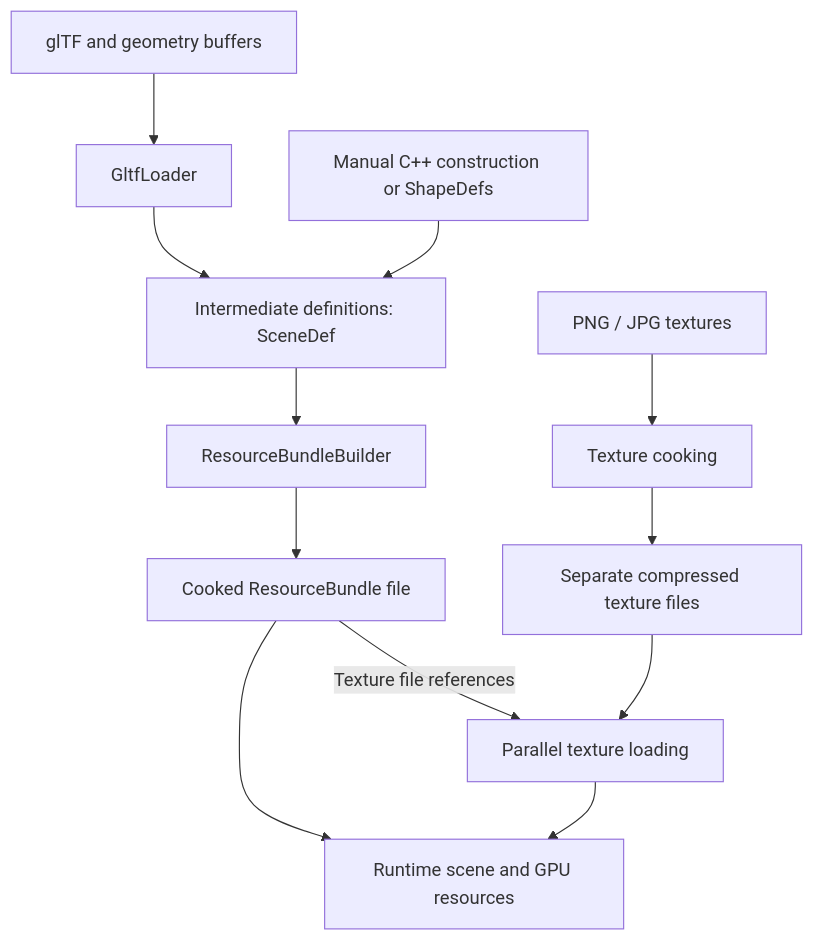
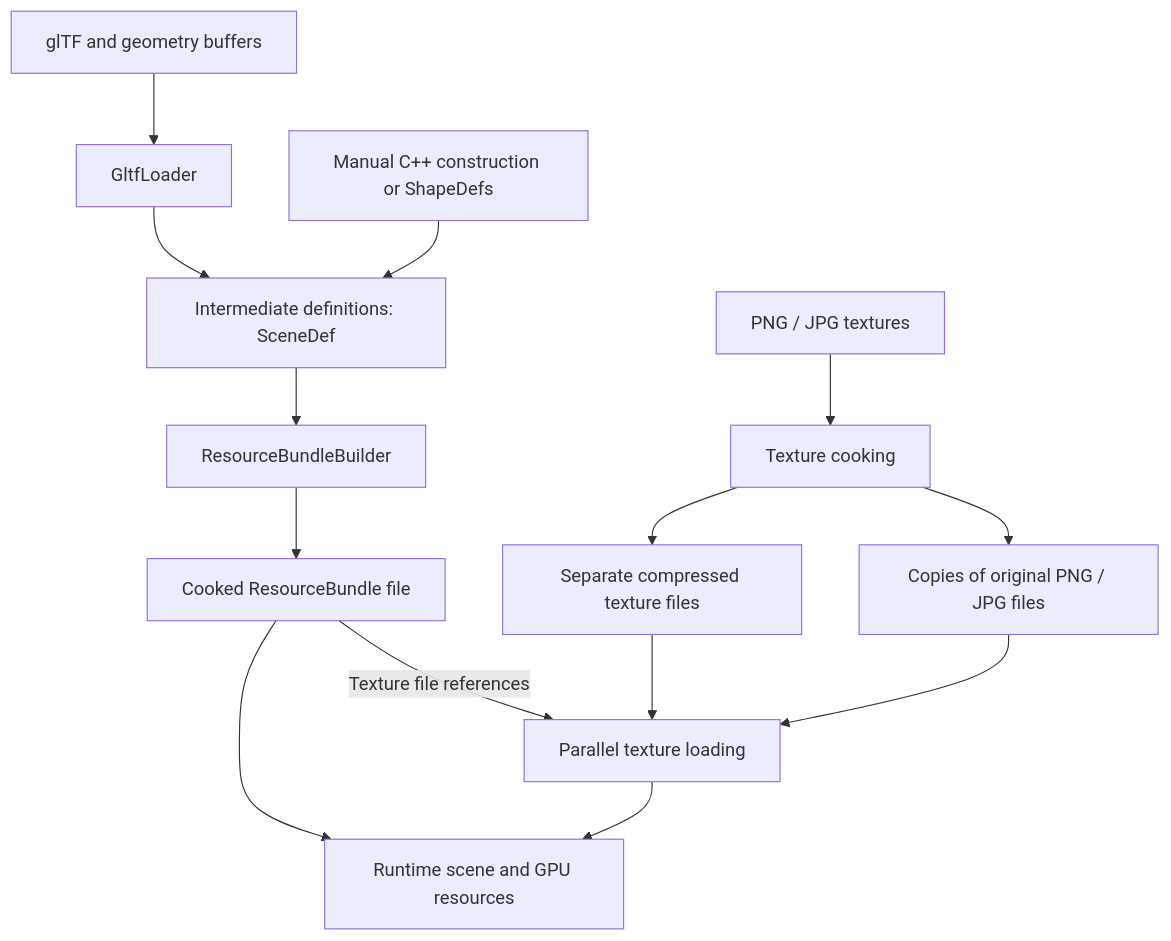
The diagram in docs/architecture/asset-flow.md (ProtoLoop/mlglib), drawn with Mermaid before and after one commit. The commit also changed other lines of this file and 14 other files, not shown here.

````diff
--- a/docs/architecture/asset-flow.md
+++ b/docs/architecture/asset-flow.md
@@ -10,14 +10,16 @@
 ```mermaid
 flowchart TD
     A[glTF and geometry buffers] --> B[GltfLoader]
     B --> C[Intermediate definitions: SceneDef]
     D[Manual C++ construction or ShapeDefs] --> C
     C --> E[ResourceBundleBuilder]
     E --> F[Cooked ResourceBundle file]
     F --> G[Runtime scene and GPU resources]
     H[PNG / JPG textures] --> I[Texture cooking]
     I --> J[Separate compressed texture files]
+    I --> L[Copies of original PNG / JPG files]
     F -->|Texture file references| K[Parallel texture loading]
     J --> K
+    L --> K
     K --> G
 ```
````
